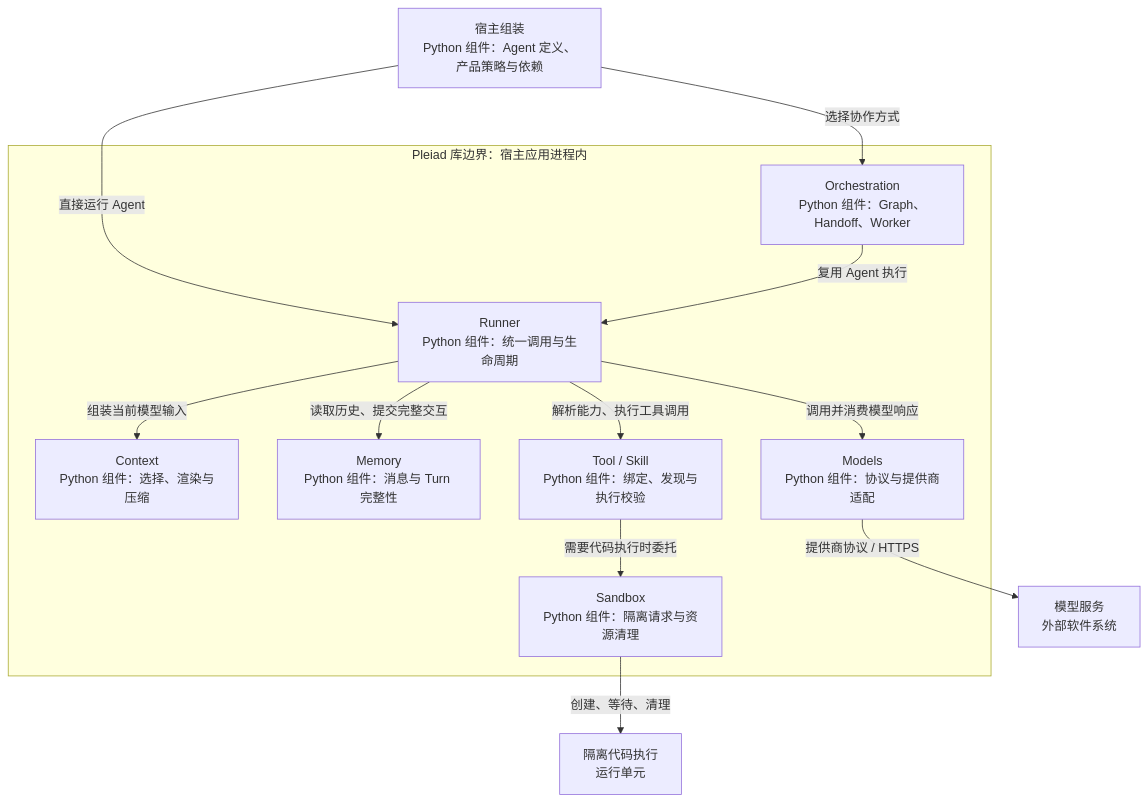
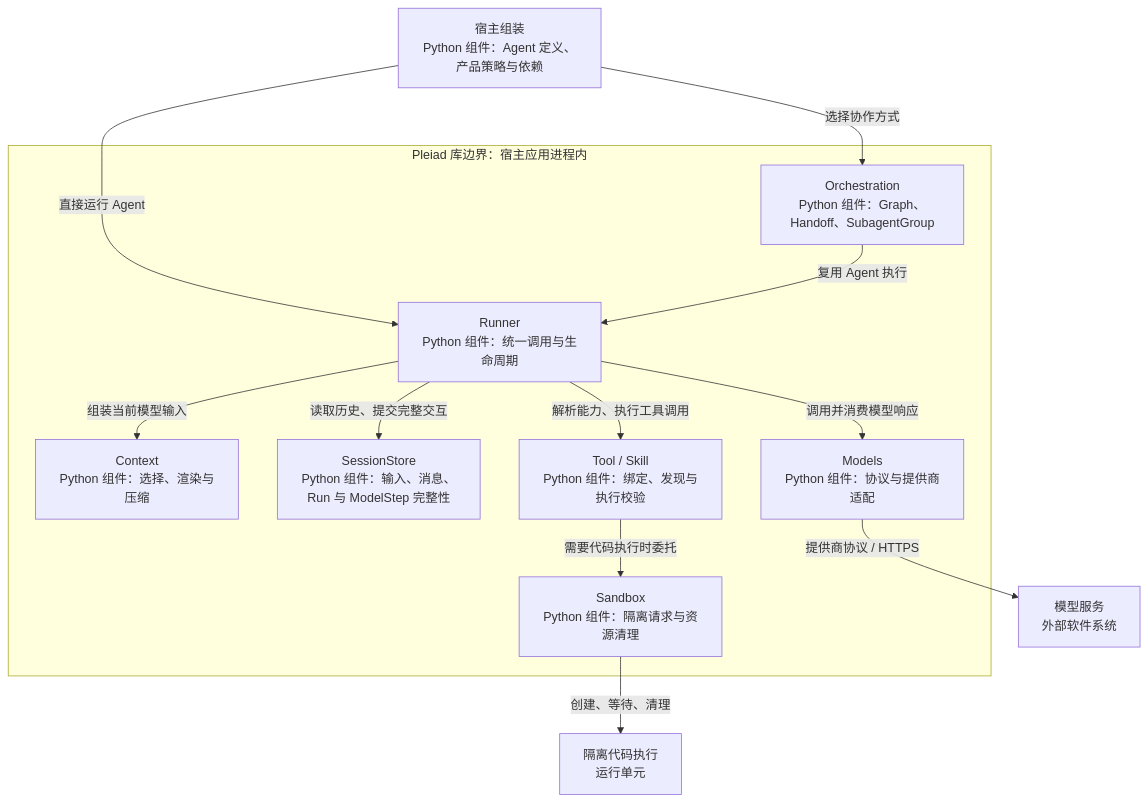
Before and after one commit to RyzeAngler/Pleiad: the third of 3 diagrams in docs/pleiad-architecture.md, drawn with Mermaid. The commit also changed other lines of this file and 276 other files, not shown here.

````diff
--- a/docs/pleiad-architecture.md
+++ b/docs/pleiad-architecture.md
@@ -91,27 +97,27 @@
 ```mermaid
 flowchart TB
     Product["宿主组装<br/>Python 组件：Agent 定义、产品策略与依赖"]
     Model["模型服务<br/>外部软件系统"]
     Execution["隔离代码执行<br/>运行单元"]
 
     subgraph Library["Pleiad 库边界：宿主应用进程内"]
-        Orchestration["Orchestration<br/>Python 组件：Graph、Handoff、Worker"]
+        Orchestration["Orchestration<br/>Python 组件：Graph、Handoff、SubagentGroup"]
         Runner["Runner<br/>Python 组件：统一调用与生命周期"]
         Context["Context<br/>Python 组件：选择、渲染与压缩"]
-        Memory["Memory<br/>Python 组件：消息与 Turn 完整性"]
+        Memory["SessionStore<br/>Python 组件：输入、消息、Run 与 ModelStep 完整性"]
         Capabilities["Tool / Skill<br/>Python 组件：绑定、发现与执行校验"]
         Models["Models<br/>Python 组件：协议与提供商适配"]
         Sandbox["Sandbox<br/>Python 组件：隔离请求与资源清理"]
     end
 
     Product -->|"直接运行 Agent"| Runner
     Product -->|"选择协作方式"| Orchestration
     Orchestration -->|"复用 Agent 执行"| Runner
     Runner -->|"组装当前模型输入"| Context
     Runner -->|"读取历史、提交完整交互"| Memory
     Runner -->|"解析能力、执行工具调用"| Capabilities
     Runner -->|"调用并消费模型响应"| Models
     Capabilities -->|"需要代码执行时委托"| Sandbox
     Models -->|"提供商协议 / HTTPS"| Model
     Sandbox -->|"创建、等待、清理"| Execution
 ```
````
